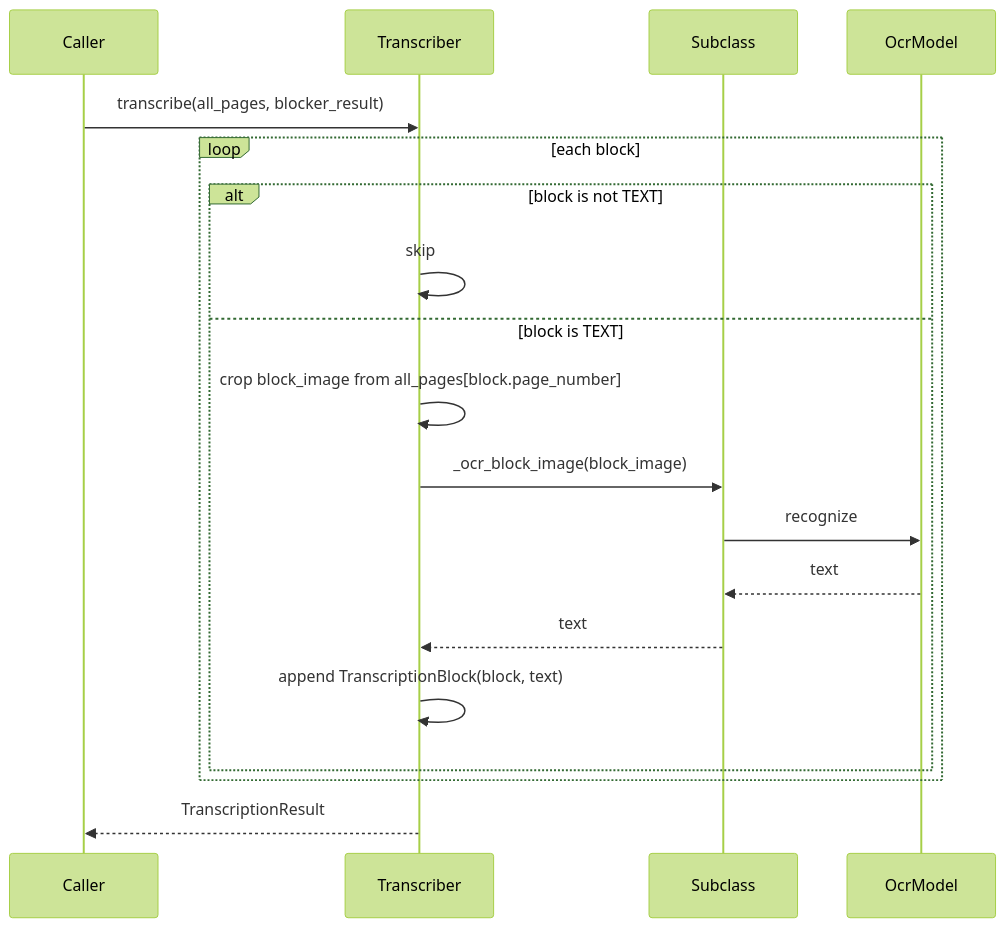
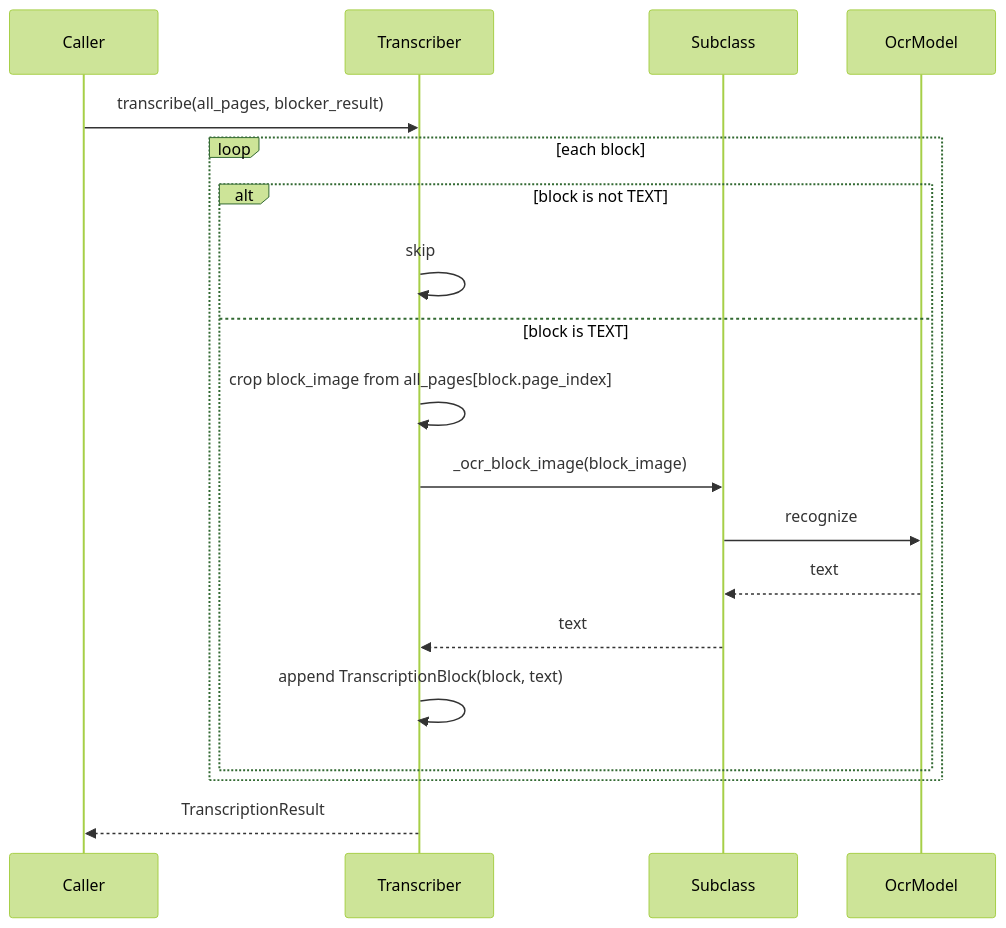
Before and after one commit to konbraphat51/SuperSuat: the second of 2 diagrams in Uploader/OcrModule/Blocked/Docs/Transcriber.md, drawn with Mermaid (forest theme). The commit also changed 19 other files, not shown here.

First line of the commit message:
refac: name every 0-indexed page variable page_index

````diff
--- a/Uploader/OcrModule/Blocked/Docs/Transcriber.md
+++ b/Uploader/OcrModule/Blocked/Docs/Transcriber.md
@@ -41,21 +41,21 @@
 ```mermaid
 sequenceDiagram
     participant Caller
     participant Transcriber
     participant Subclass
     participant OcrModel
     Caller->>Transcriber: transcribe(all_pages, blocker_result)
     loop each block
         alt block is not TEXT
             Transcriber->>Transcriber: skip
         else block is TEXT
-            Transcriber->>Transcriber: crop block_image from all_pages[block.page_number]
+            Transcriber->>Transcriber: crop block_image from all_pages[block.page_index]
             Transcriber->>Subclass: _ocr_block_image(block_image)
             Subclass->>OcrModel: recognize
             OcrModel-->>Subclass: text
             Subclass-->>Transcriber: text
             Transcriber->>Transcriber: append TranscriptionBlock(block, text)
         end
     end
     Transcriber-->>Caller: TranscriptionResult
 ```
````
